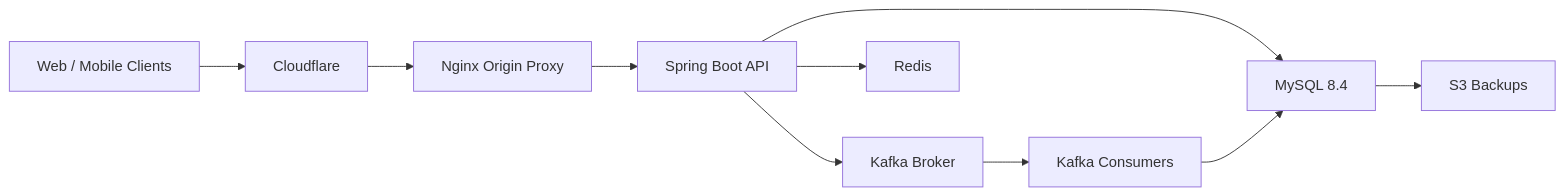
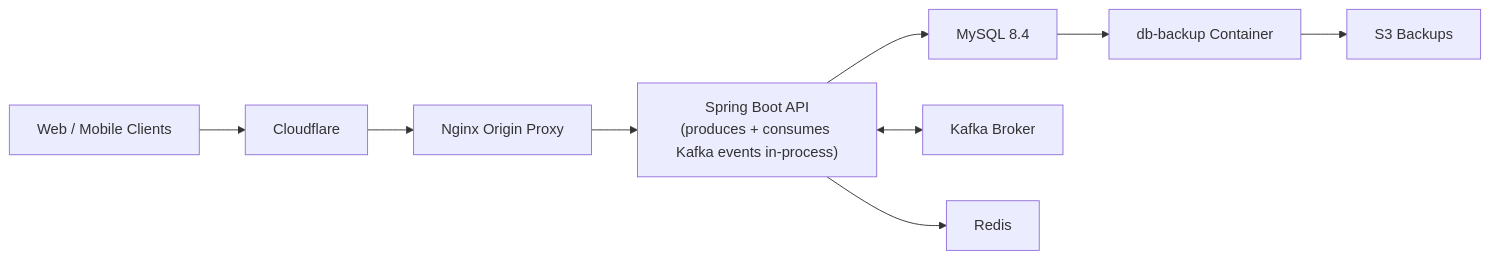
Before and after one commit to Ibikunleogunbanwo/Afrochow_Backend: the first of 2 diagrams in README.md, drawn with Mermaid. The commit also changed other lines of this file and 11 other files, not shown here.

````diff
--- a/README.md
+++ b/README.md
@@ -26,22 +29,21 @@
 ```mermaid
 flowchart LR
     browser["Web / Mobile Clients"]
     cf["Cloudflare"]
     nginx["Nginx Origin Proxy"]
-    app["Spring Boot API"]
+    app["Spring Boot API<br/>(produces + consumes Kafka events in-process)"]
     mysql["MySQL 8.4"]
     kafka["Kafka Broker"]
     redis["Redis"]
+    backup["db-backup Container"]
     s3["S3 Backups"]
-    workers["Kafka Consumers"]
 
     browser --> cf
     cf --> nginx
     nginx --> app
     app --> mysql
     app --> redis
-    app --> kafka
-    kafka --> workers
-    workers --> mysql
-    mysql --> s3
+    app <--> kafka
+    mysql --> backup
+    backup --> s3
 ```
````
